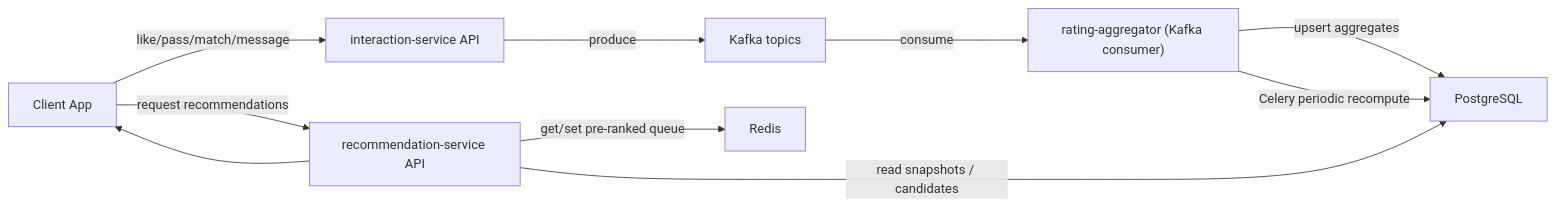
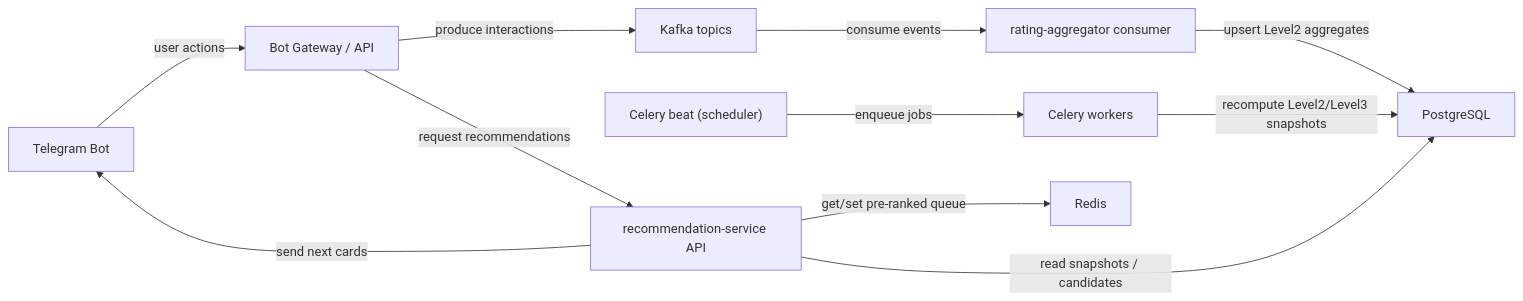
The diagram in README.md (D4non/K0709-23-3-Pisarev), drawn with Mermaid before and after one commit.

Commit message:
Change schema

````diff
--- a/README.md
+++ b/README.md
@@ -52,13 +52,15 @@
 ```mermaid
 flowchart LR
-  Client[Client App] -->|like/pass/match/message| InteractionAPI[interaction-service API]
-  InteractionAPI -->|produce| Kafka[Kafka topics]
-  Kafka -->|consume| RatingAgg["rating-aggregator (Kafka consumer)"]
-  RatingAgg -->|upsert aggregates| Postgres["PostgreSQL"]
-  RatingAgg -->|Celery periodic recompute| Postgres
+  TgBot["Telegram Bot"] -->|user actions| BotGateway["Bot Gateway / API"]
+  BotGateway -->|produce interactions| Kafka["Kafka topics"]
+  Kafka -->|consume events| RatingConsumer["rating-aggregator consumer"]
 
-  Client -->|request recommendations| RecoAPI[recommendation-service API]
+  RatingConsumer -->|upsert Level2 aggregates| Postgres["PostgreSQL"]
+  CeleryBeat["Celery beat (scheduler)"] -->|enqueue jobs| CeleryWorkers["Celery workers"]
+  CeleryWorkers -->|recompute Level2/Level3 snapshots| Postgres
+
+  BotGateway -->|request recommendations| RecoAPI["recommendation-service API"]
   RecoAPI -->|read snapshots / candidates| Postgres
   RecoAPI -->|get/set pre-ranked queue| Redis["Redis"]
-  RecoAPI --> Client
+  RecoAPI -->|send next cards| TgBot
 ```
````
